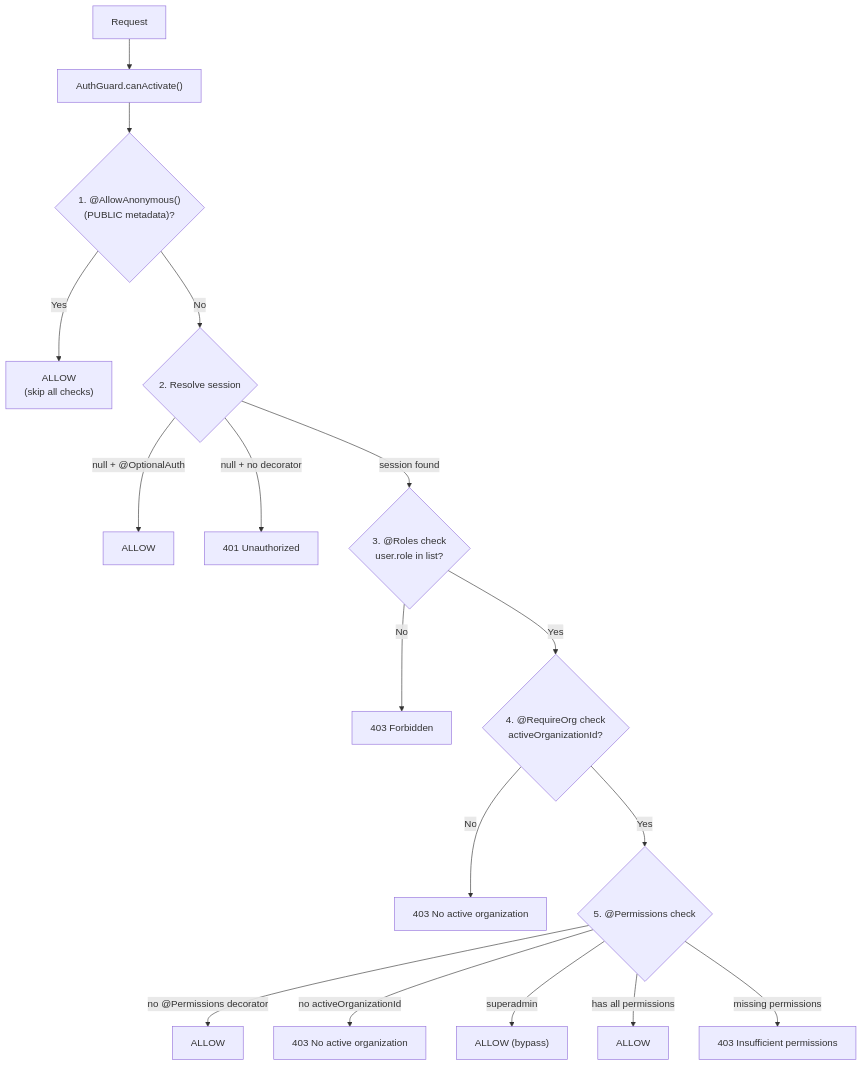
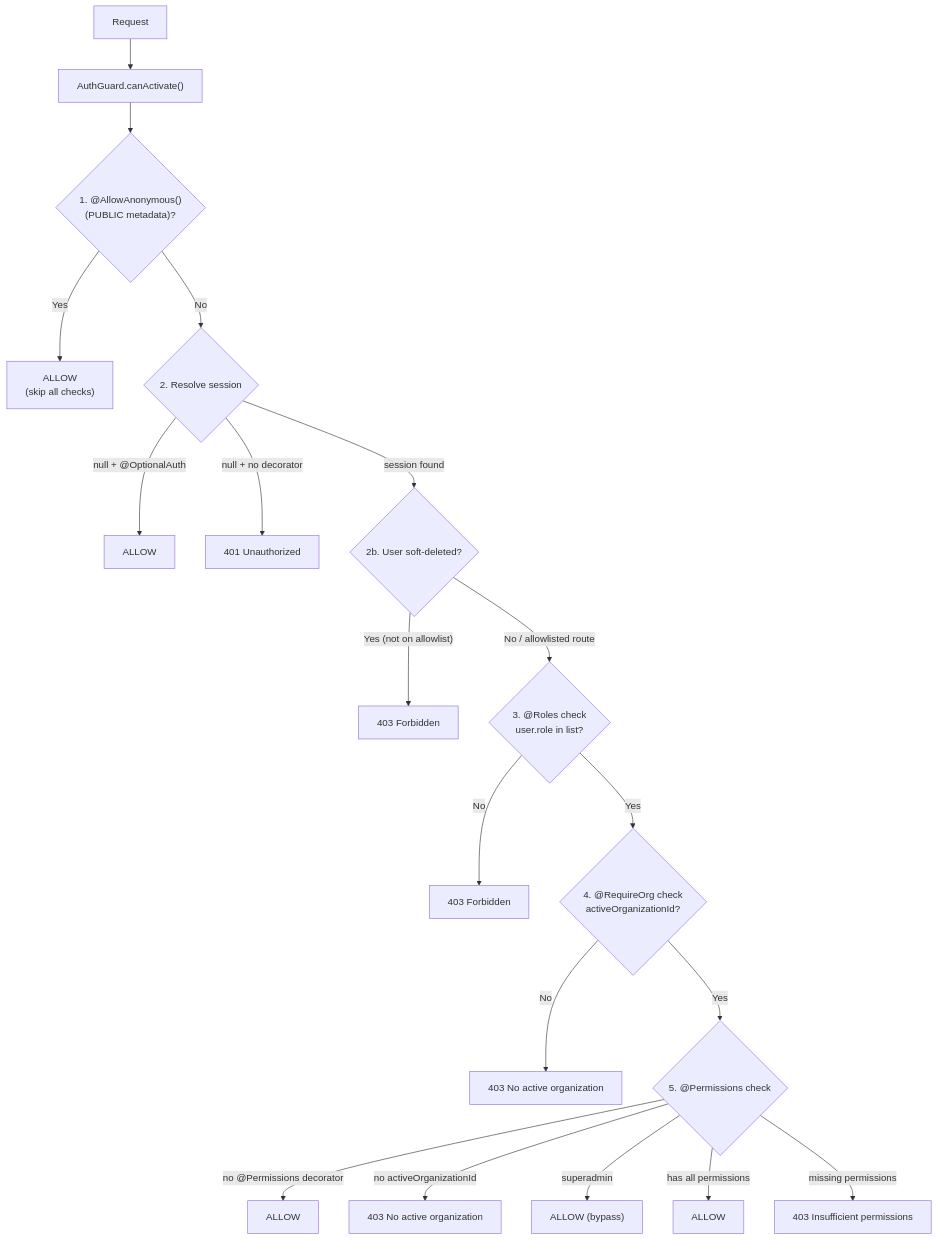
One commit to MickaelV0/roxabi_boilerplate changed the first of 3 diagrams in docs/architecture/rbac.mdx. Above: the diagram before and after it, drawn with Mermaid. The commit also changed other lines of this file and 25 other files, not shown here.

````diff
--- a/docs/architecture/rbac.mdx
+++ b/docs/architecture/rbac.mdx
@@ -64,19 +64,21 @@
 ```mermaid
 flowchart TD
     REQ["Request"] --> GUARD["AuthGuard.canActivate()"]
     GUARD --> CHECK1{"1. @AllowAnonymous()<br/>(PUBLIC metadata)?"}
     CHECK1 -- Yes --> ALLOW1["ALLOW<br/>(skip all checks)"]
     CHECK1 -- No --> CHECK2{"2. Resolve session"}
     CHECK2 -- "null + @OptionalAuth" --> ALLOW2["ALLOW"]
     CHECK2 -- "null + no decorator" --> DENY1["401 Unauthorized"]
-    CHECK2 -- "session found" --> CHECK3{"3. @Roles check<br/>user.role in list?"}
+    CHECK2 -- "session found" --> CHECK2B{"2b. User soft-deleted?"}
+    CHECK2B -- "Yes (not on allowlist)" --> DENY1B["403 Forbidden"]
+    CHECK2B -- "No / allowlisted route" --> CHECK3{"3. @Roles check<br/>user.role in list?"}
     CHECK3 -- No --> DENY2["403 Forbidden"]
     CHECK3 -- Yes --> CHECK4{"4. @RequireOrg check<br/>activeOrganizationId?"}
     CHECK4 -- No --> DENY3["403 No active organization"]
     CHECK4 -- Yes --> CHECK5{"5. @Permissions check"}
     CHECK5 -- "no @Permissions decorator" --> ALLOW3["ALLOW"]
     CHECK5 -- "no activeOrganizationId" --> DENY4["403 No active organization"]
     CHECK5 -- "superadmin" --> ALLOW4["ALLOW (bypass)"]
     CHECK5 -- "has all permissions" --> ALLOW5["ALLOW"]
     CHECK5 -- "missing permissions" --> DENY5["403 Insufficient permissions"]
 ```
````
